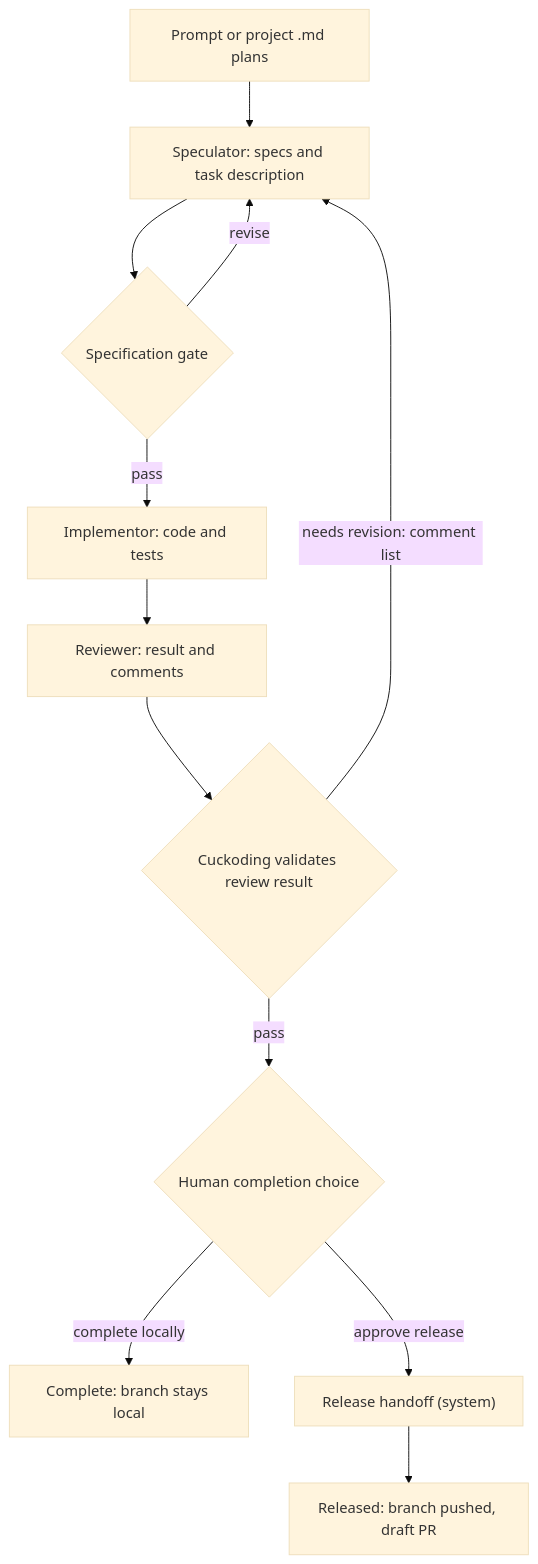
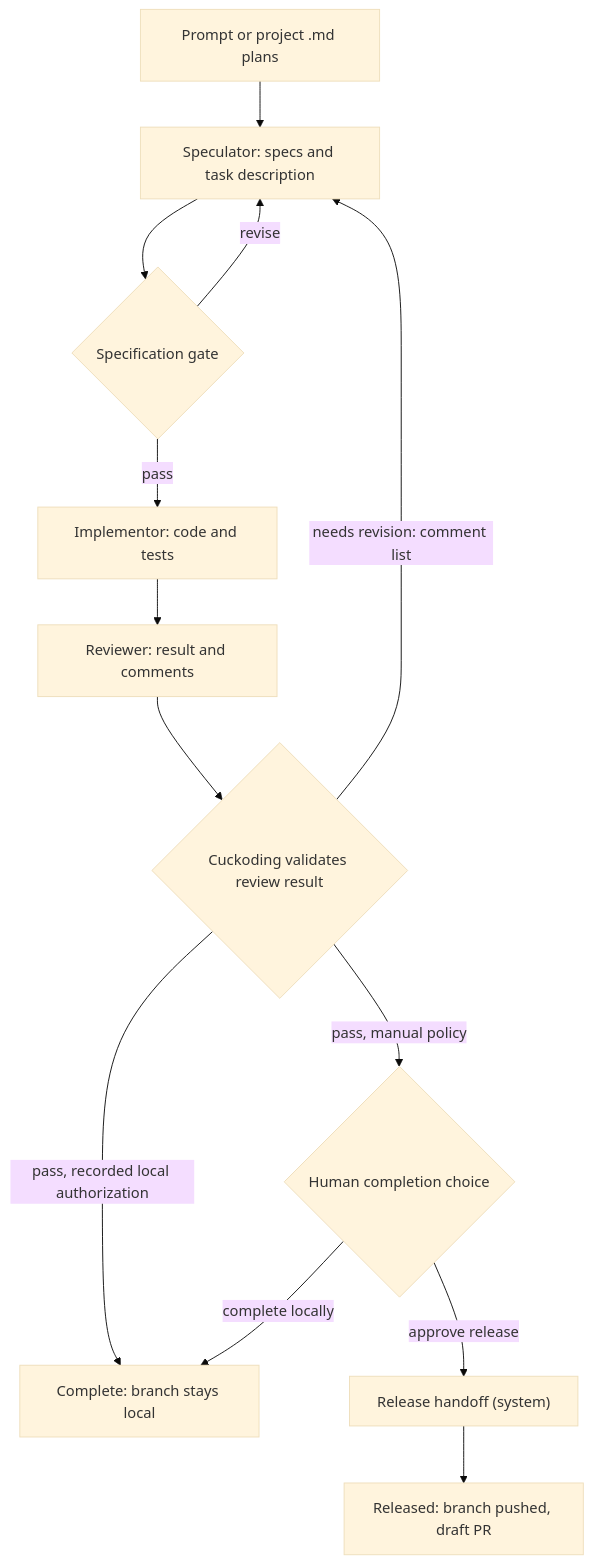
The diagram in docs/FLOW.md (mpakus/cuckoding.com), drawn with Mermaid (base theme) before and after one commit. The commit also changed other lines of this file and 20 other files, not shown here.

Commit message:
feat(workflow): honor explicit automatic local completion

````diff
--- a/docs/FLOW.md
+++ b/docs/FLOW.md
@@ -112,14 +118,15 @@
 ```mermaid
 flowchart TD
     I["Prompt or project .md plans"] --> S["Speculator: specs and task description"]
     S --> G1{"Specification gate"}
     G1 -->|pass| D["Implementor: code and tests"]
     G1 -->|revise| S
     D --> Q["Reviewer: result and comments"]
     Q --> G2{"Cuckoding validates review result"}
     G2 -->|needs revision: comment list| S
-    G2 -->|pass| H{"Human completion choice"}
+    G2 -->|pass, recorded local authorization| X["Complete: branch stays local"]
+    G2 -->|pass, manual policy| H{"Human completion choice"}
     H -->|complete locally| X["Complete: branch stays local"]
     H -->|approve release| R["Release handoff (system)"]
     R --> Z["Released: branch pushed, draft PR"]
 ```
````
